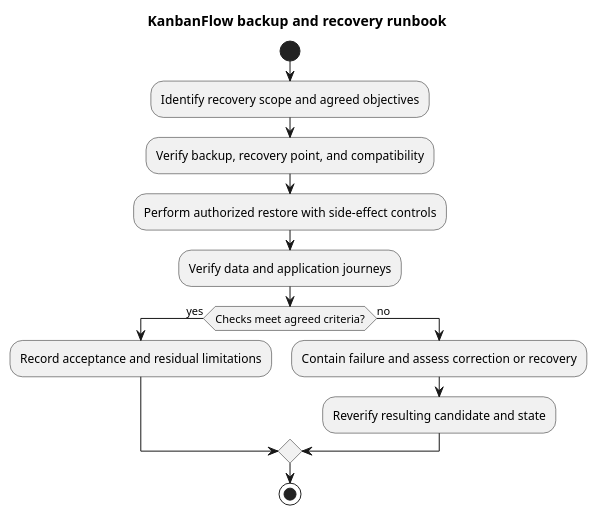
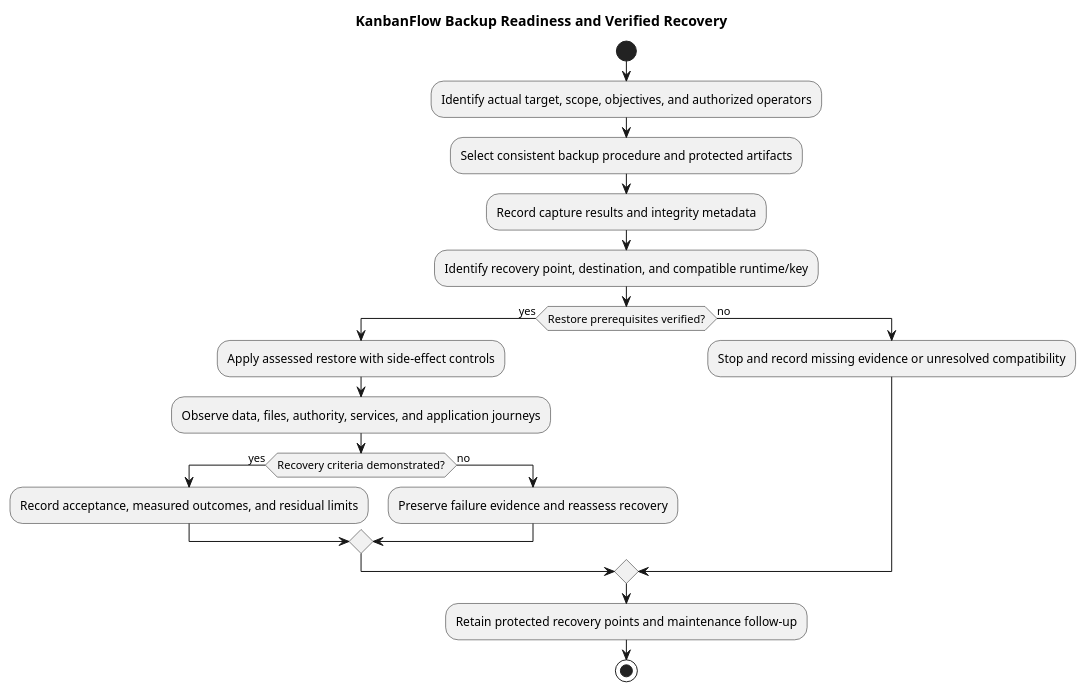
Before and after one commit to Farhad-Valizadegan/Web-KanbanFlow: the diagram in docs/SDLC/07-deployment/backup-and-recovery-runbook.md, drawn with PlantUML. The commit also changed other lines of this file and 2 other files, not shown here.

Commit message:
docs: complete backup readiness and recovery verification runbook

````diff
--- a/docs/SDLC/07-deployment/backup-and-recovery-runbook.md
+++ b/docs/SDLC/07-deployment/backup-and-recovery-runbook.md
@@ -43,17 +122,23 @@
 ```plantuml
 @startuml
-title KanbanFlow backup and recovery runbook
+title KanbanFlow Backup Readiness and Verified Recovery
 start
-:Identify recovery scope and agreed objectives;
-:Verify backup, recovery point, and compatibility;
-:Perform authorized restore with side-effect controls;
-:Verify data and application journeys;
-if (Checks meet agreed criteria?) then (yes)
-:Record acceptance and residual limitations;
+:Identify actual target, scope, objectives, and authorized operators;
+:Select consistent backup procedure and protected artifacts;
+:Record capture results and integrity metadata;
+:Identify recovery point, destination, and compatible runtime/key;
+if (Restore prerequisites verified?) then (yes)
+ :Apply assessed restore with side-effect controls;
+ :Observe data, files, authority, services, and application journeys;
+ if (Recovery criteria demonstrated?) then (yes)
+  :Record acceptance, measured outcomes, and residual limits;
+ else (no)
+  :Preserve failure evidence and reassess recovery;
+ endif
 else (no)
-:Contain failure and assess correction or recovery;
-:Reverify resulting candidate and state;
+ :Stop and record missing evidence or unresolved compatibility;
 endif
+:Retain protected recovery points and maintenance follow-up;
 stop
 @enduml
 ```
````
